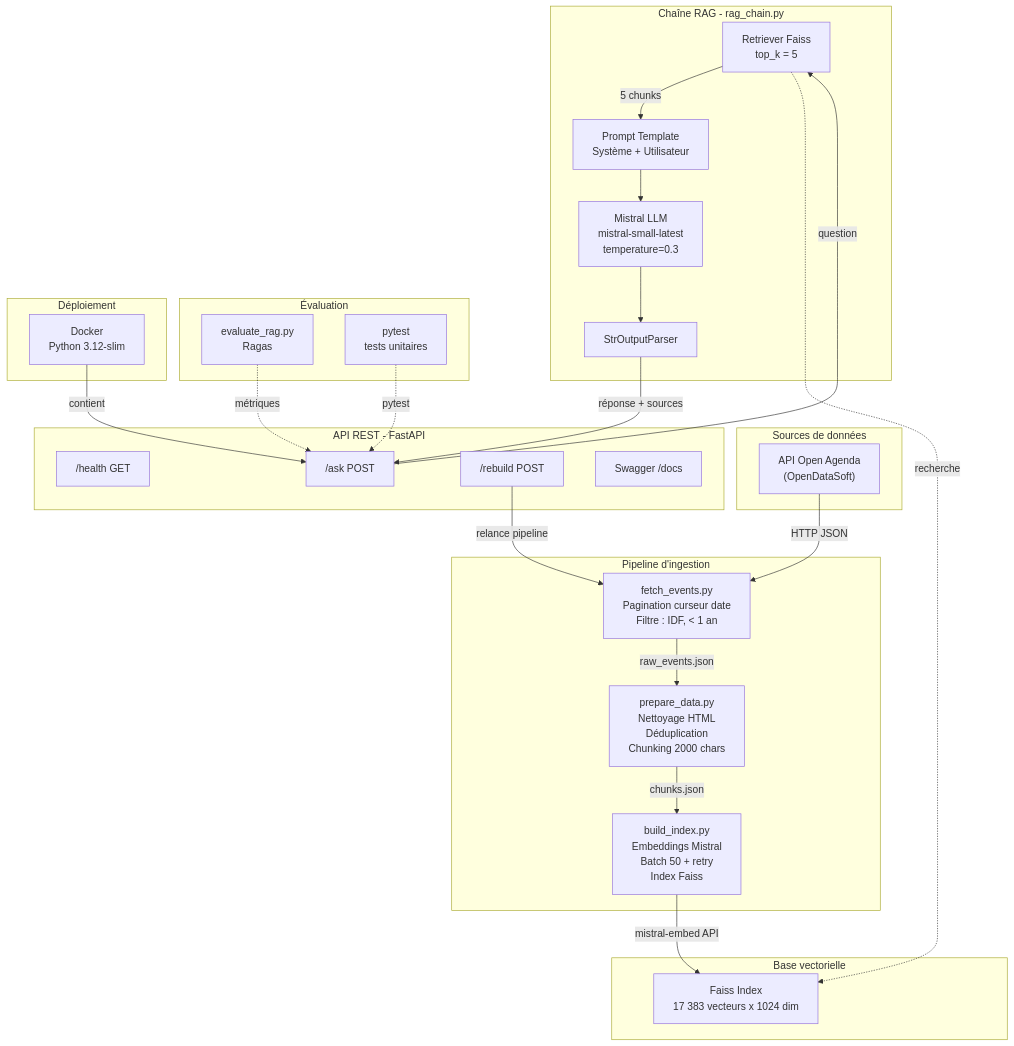
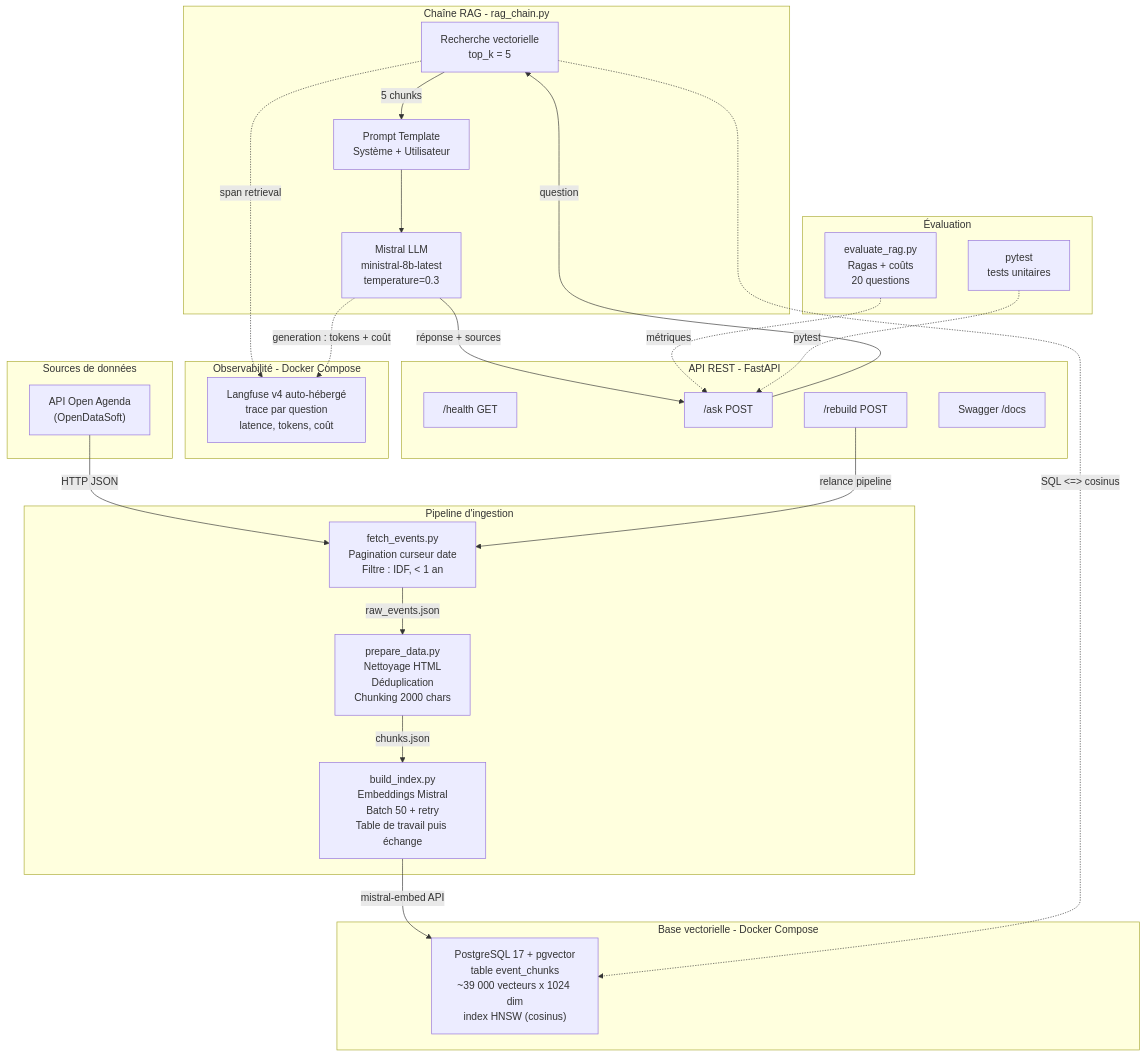
One commit to clementRbl/pull-events changed the diagram in README.md. Above: the diagram before and after it, drawn with Mermaid. The commit also changed other lines of this file and 29 other files, not shown here.

First line of the commit message:
feat: replace faiss with pgvector and trace answers with langfuse

````diff
--- a/README.md
+++ b/README.md
@@ -19,57 +23,56 @@
 ```mermaid
 graph TB
     subgraph "Sources de données"
         OA["API Open Agenda<br/>(OpenDataSoft)"]
     end
 
     subgraph "Pipeline d'ingestion"
         FE["fetch_events.py<br/>Pagination curseur date<br/>Filtre : IDF, < 1 an"]
         PD["prepare_data.py<br/>Nettoyage HTML<br/>Déduplication<br/>Chunking 2000 chars"]
-        BI["build_index.py<br/>Embeddings Mistral<br/>Batch 50 + retry<br/>Index Faiss"]
+        BI["build_index.py<br/>Embeddings Mistral<br/>Batch 50 + retry<br/>Table de travail puis échange"]
     end
 
-    subgraph "Base vectorielle"
-        FAISS["Faiss Index<br/>17 383 vecteurs x 1024 dim"]
+    subgraph "Base vectorielle - Docker Compose"
+        PG["PostgreSQL 17 + pgvector<br/>table event_chunks<br/>~39 000 vecteurs x 1024 dim<br/>index HNSW (cosinus)"]
     end
 
     subgraph "Chaîne RAG - rag_chain.py"
-        RET["Retriever Faiss<br/>top_k = 5"]
+        RET["Recherche vectorielle<br/>top_k = 5"]
         PROMPT["Prompt Template<br/>Système + Utilisateur"]
-        LLM["Mistral LLM<br/>mistral-small-latest<br/>temperature=0.3"]
-        PARSER["StrOutputParser"]
+        LLM["Mistral LLM<br/>ministral-8b-latest<br/>temperature=0.3"]
+    end
+
+    subgraph "Observabilité - Docker Compose"
+        LF["Langfuse v4 auto-hébergé<br/>trace par question<br/>latence, tokens, coût"]
     end
 
     subgraph "API REST - FastAPI"
         HEALTH["/health GET"]
         ASK["/ask POST"]
         REBUILD["/rebuild POST"]
         SWAGGER["Swagger /docs"]
     end
 
     subgraph "Évaluation"
-        EVAL["evaluate_rag.py<br/>Ragas"]
+        EVAL["evaluate_rag.py<br/>Ragas + coûts<br/>20 questions"]
         TEST["pytest<br/>tests unitaires"]
-    end
-
-    subgraph "Déploiement"
-        DOCKER["Docker<br/>Python 3.12-slim"]
     end
 
     OA -->|"HTTP JSON"| FE
     FE -->|"raw_events.json"| PD
     PD -->|"chunks.json"| BI
-    BI -->|"mistral-embed API"| FAISS
+    BI -->|"mistral-embed API"| PG
 
     ASK -->|"question"| RET
     RET -->|"5 chunks"| PROMPT
     PROMPT --> LLM
-    LLM --> PARSER
-    PARSER -->|"réponse + sources"| ASK
+    LLM -->|"réponse + sources"| ASK
 
     REBUILD -->|"relance pipeline"| FE
-    RET -.->|"recherche"| FAISS
+    RET -.->|"SQL <=> cosinus"| PG
+    RET -.->|"span retrieval"| LF
+    LLM -.->|"generation : tokens + coût"| LF
 
     EVAL -.->|"métriques"| ASK
     TEST -.->|"pytest"| ASK
-    DOCKER -->|"contient"| ASK
 ```
````
